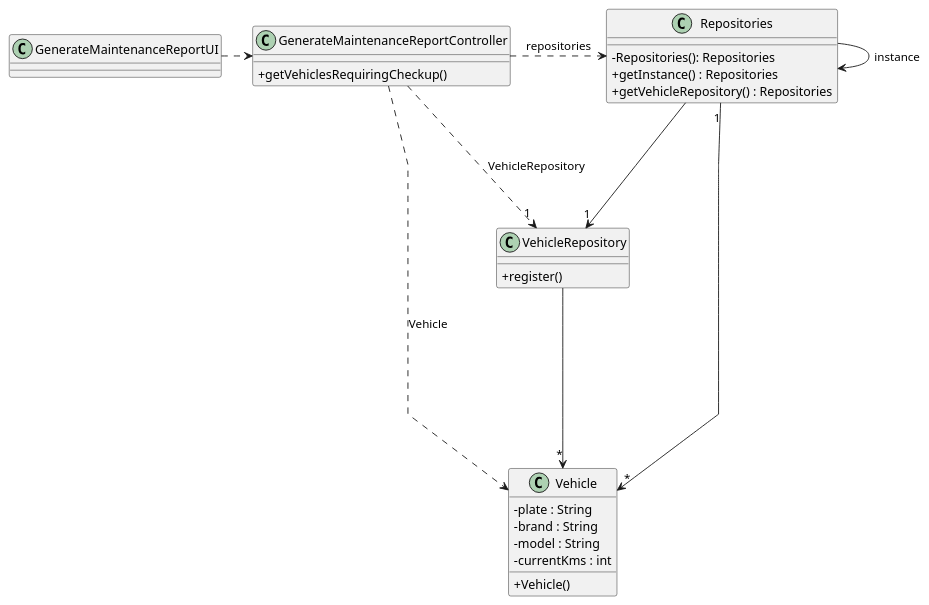
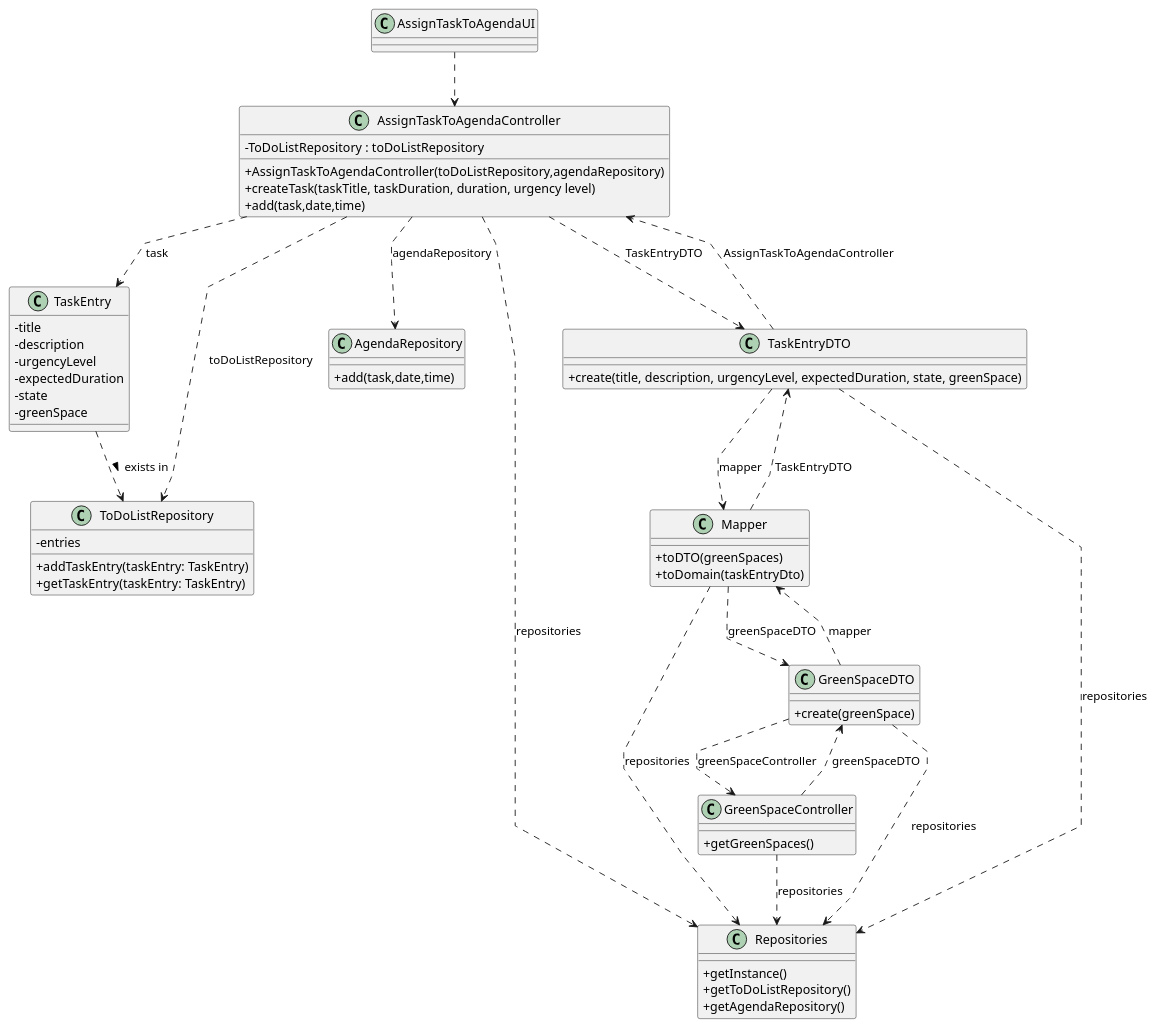
One commit to Departamento-de-Engenharia-Informatica/lei-24-s2-1dkl-g134 changed the diagram in docs/sprintC/us022/03.design/puml/us022-class-diagram.puml. Above: the diagram before and after it, drawn with PlantUML. The commit also changed 2 other files, not shown here.

```diff
--- a/docs/sprintC/us022/03.design/puml/us022-class-diagram.puml
+++ b/docs/sprintC/us022/03.design/puml/us022-class-diagram.puml
@@ -1,54 +1,96 @@
 @startuml
 'skinparam monochrome true
 skinparam packageStyle rectangle
 skinparam shadowing false
 skinparam linetype polyline
 'skinparam linetype orto
 
 skinparam classAttributeIconSize 0
 
-'left to right direction
+class "TaskEntry" {
+        -title
+        -description
+        -urgencyLevel
+        -expectedDuration
+        -state
+        -greenSpace
 
-class GenerateMaintenanceReportUI{
 }
 
 
-class GenerateMaintenanceReportController{
+
+class "AssignTaskToAgendaController" {
+    - ToDoListRepository : toDoListRepository
+    + AssignTaskToAgendaController(toDoListRepository,agendaRepository)
+    + createTask(taskTitle, taskDuration, duration, urgency level)
+    + add(task,date,time)
+}
+
+class "ToDoListRepository" {
+    -entries
+    + addTaskEntry(taskEntry: TaskEntry)
+    + getTaskEntry(taskEntry: TaskEntry)
+}
+class "AgendaRepository"{
+ + add(task,date,time)
+}
+
+class "AssignTaskToAgendaUI"{
+}
+
+class "Repositories" {
+    + getInstance()
+    + getToDoListRepository()
+    +getAgendaRepository()
+}
+
+class "GreenSpaceController" {
+    + getGreenSpaces()
+}
+
+class "Mapper" {
+    + toDTO(greenSpaces)
+    + toDomain(taskEntryDto)
+}
+
+class "GreenSpaceDTO" {
+    + create(greenSpace)
+}
+
+class "TaskEntryDTO" {
+    + create(title, description, urgencyLevel, expectedDuration, state, greenSpace)
+}
 
 
 
-    +getVehiclesRequiringCheckup()
- }
-
-class Repositories {
-    - Repositories(): Repositories
-    + getInstance() : Repositories
-    + getVehicleRepository() : Repositories
-}
 
 
-class VehicleRepository {
-    + register()
+AssignTaskToAgendaController ..> ToDoListRepository : toDoListRepository
+AssignTaskToAgendaController ..> "AgendaRepository" : agendaRepository
 
-}
-
-class  Vehicle{
-   -plate : String
-       -brand : String
-       -model : String
-       -currentKms : int
-       +Vehicle()
-}
+AssignTaskToAgendaController ..> TaskEntry : task
+TaskEntry ..> ToDoListRepository : exists in >
+AssignTaskToAgendaUI ..> AssignTaskToAgendaController
 
 
-GenerateMaintenanceReportUI .>  GenerateMaintenanceReportController
- GenerateMaintenanceReportController ...r> Repositories : repositories
-Repositories ---> "1" VehicleRepository
-Repositories -> Repositories : instance
-Repositories "1" --> "*" Vehicle
+AssignTaskToAgendaController ..> Repositories : repositories
 
-VehicleRepository --> "*" Vehicle
+GreenSpaceController ..> Repositories : repositories
 
- GenerateMaintenanceReportController ......>  Vehicle : Vehicle
- GenerateMaintenanceReportController ...> "1" VehicleRepository : VehicleRepository
+Mapper ..> Repositories : repositories
+GreenSpaceDTO ..> Repositories : repositories
+TaskEntryDTO ..> Repositories : repositories
+
+GreenSpaceController ..> GreenSpaceDTO : greenSpaceDTO
+GreenSpaceDTO ..> GreenSpaceController : greenSpaceController
+
+Mapper ..> GreenSpaceDTO : greenSpaceDTO
+GreenSpaceDTO ..> Mapper : mapper
+
+Mapper ..> TaskEntryDTO : TaskEntryDTO
+TaskEntryDTO ..> Mapper : mapper
+
+AssignTaskToAgendaController ..> TaskEntryDTO : TaskEntryDTO
+TaskEntryDTO ..> AssignTaskToAgendaController : AssignTaskToAgendaController
+
 @enduml
```
